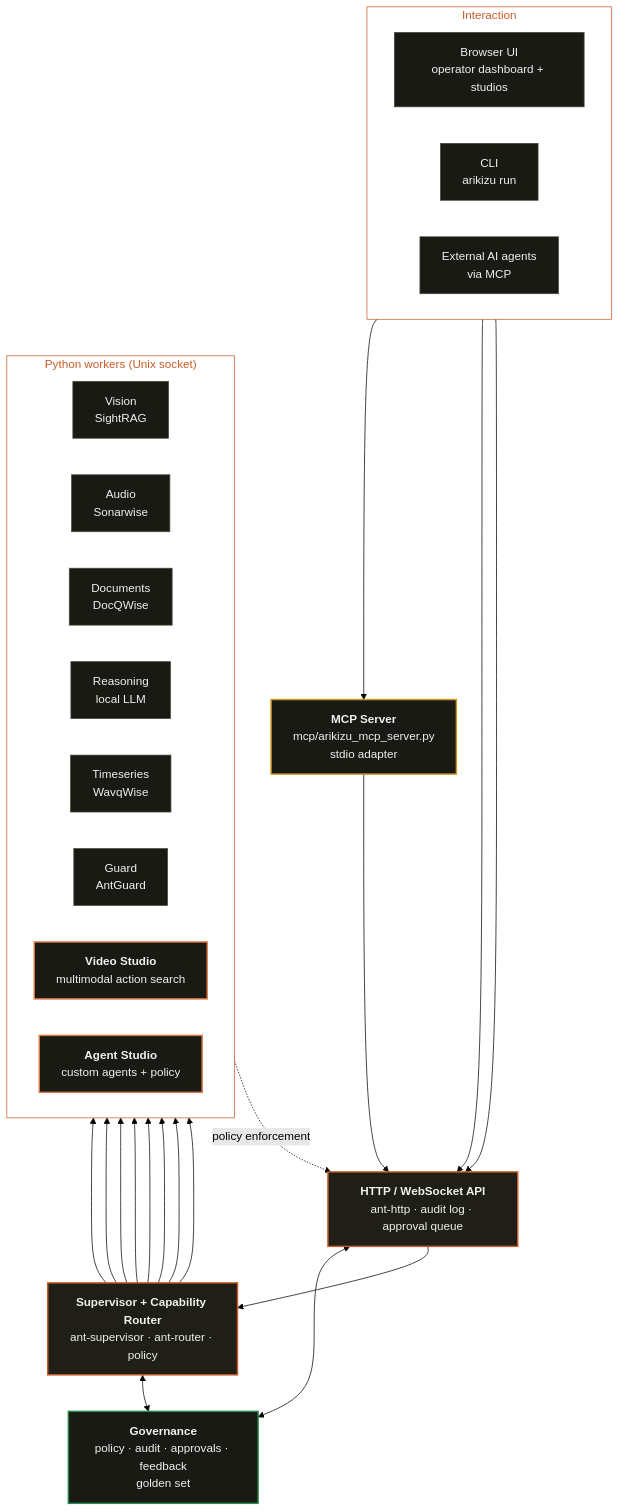
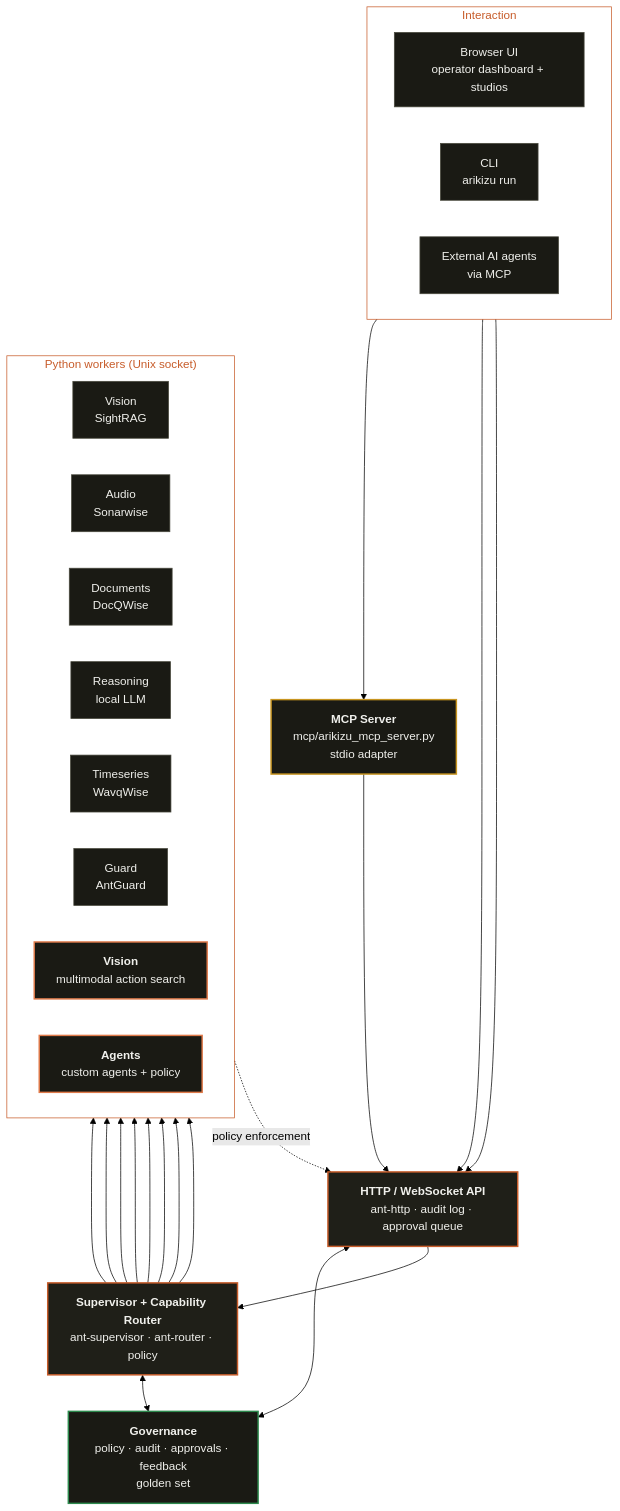
The diagram in README.md (VK-Ant/arikizu), drawn with Mermaid (forest theme) before and after one commit. The commit also changed other lines of this file and 47 other files, not shown here.

````diff
--- a/README.md
+++ b/README.md
@@ -709,59 +777,59 @@
 ```mermaid
 flowchart TB
     subgraph INTERACTION[" Interaction "]
         direction LR
         UI["Browser UI<br/>operator dashboard + studios"]
         CLI["CLI<br/>arikizu run"]
         EXT["External AI agents<br/>via MCP"]
     end
 
     MCP["<b>MCP Server</b><br/>mcp/arikizu_mcp_server.py<br/>stdio adapter"]
     HTTP["<b>HTTP / WebSocket API</b><br/>ant-http · audit log · approval queue"]
     SUP["<b>Supervisor + Capability Router</b><br/>ant-supervisor · ant-router · policy"]
 
     subgraph WORKERS[" Python workers (Unix socket) "]
         direction LR
         W1["Vision<br/>SightRAG"]
         W2["Audio<br/>Sonarwise"]
         W3["Documents<br/>DocQWise"]
         W4["Reasoning<br/>local LLM"]
         W5["Timeseries<br/>WavqWise"]
         W6["Guard<br/>AntGuard"]
-        W7["<b>Video Studio</b><br/>multimodal action search"]
-        W8["<b>Agent Studio</b><br/>custom agents + policy"]
+        W7["<b>Vision</b><br/>multimodal action search"]
+        W8["<b>Agents</b><br/>custom agents + policy"]
     end
 
     FB["<b>Governance</b><br/>policy · audit · approvals · feedback<br/>golden set"]
 
     UI --> HTTP
     CLI --> HTTP
     EXT --> MCP
     MCP --> HTTP
     HTTP --> SUP
     SUP --> W1
     SUP --> W2
     SUP --> W3
     SUP --> W4
     SUP --> W5
     SUP --> W6
     SUP --> W7
     SUP --> W8
     SUP <--> FB
     HTTP <--> FB
     W8 -.policy enforcement.-> HTTP
 
     classDef zone fill:transparent,stroke:#c75c2a,stroke-width:1px,color:#c75c2a
     classDef runtime fill:#1f1f18,stroke:#c75c2a,stroke-width:2px,color:#f0f0ec
     classDef worker fill:#1a1a14,stroke:#4a4a3e,stroke-width:1px,color:#f0f0ec
     classDef highlight fill:#1a1a14,stroke:#e07a4a,stroke-width:2px,color:#f0f0ec
     classDef trust fill:#1a1a14,stroke:#2d8a4e,stroke-width:2px,color:#f0f0ec
     classDef mcp fill:#1a1a14,stroke:#c89520,stroke-width:2px,color:#f0f0ec
 
     class INTERACTION,WORKERS zone
     class UI,CLI,EXT worker
     class HTTP,SUP runtime
     class W1,W2,W3,W4,W5,W6 worker
     class W7,W8 highlight
     class MCP mcp
     class FB trust
 ```
````
